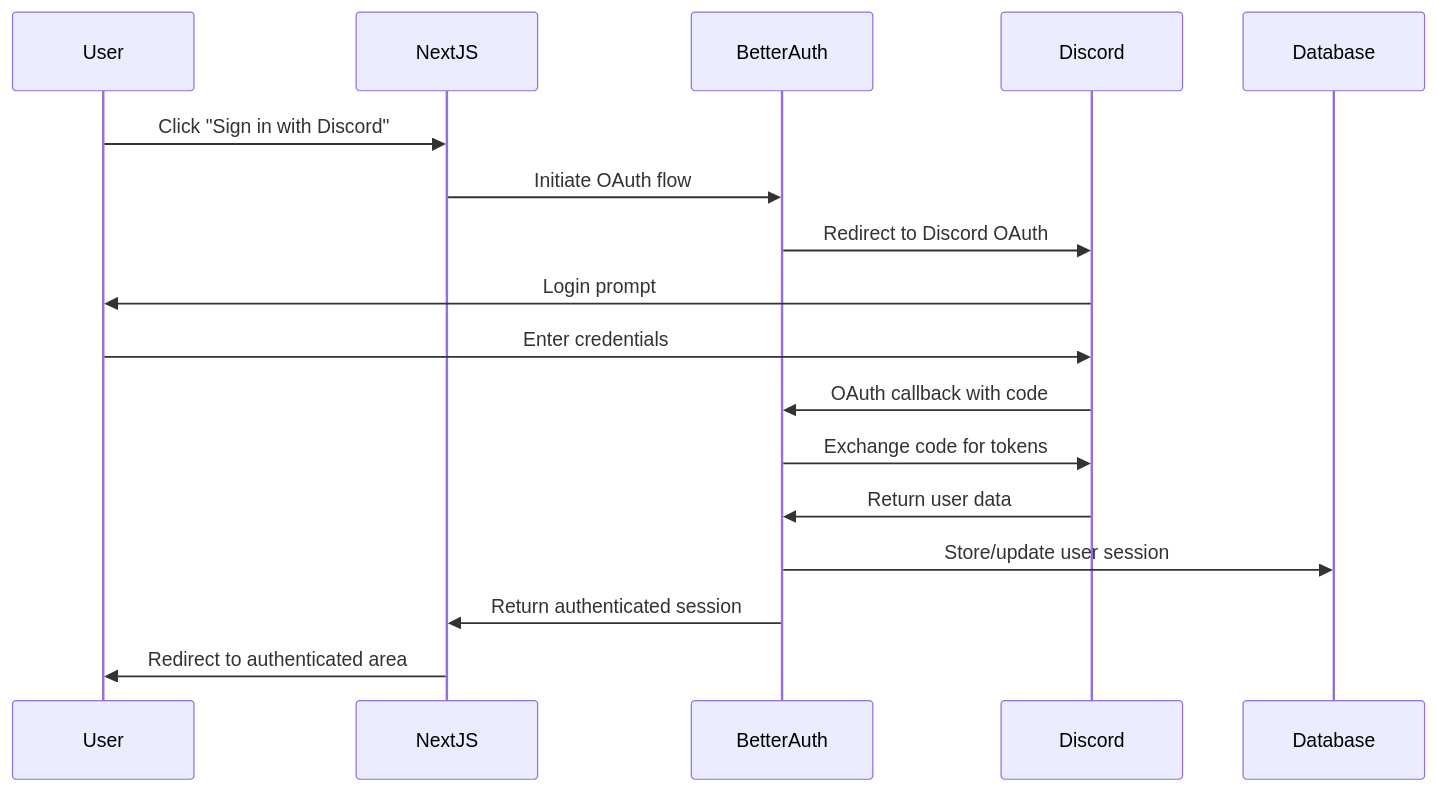
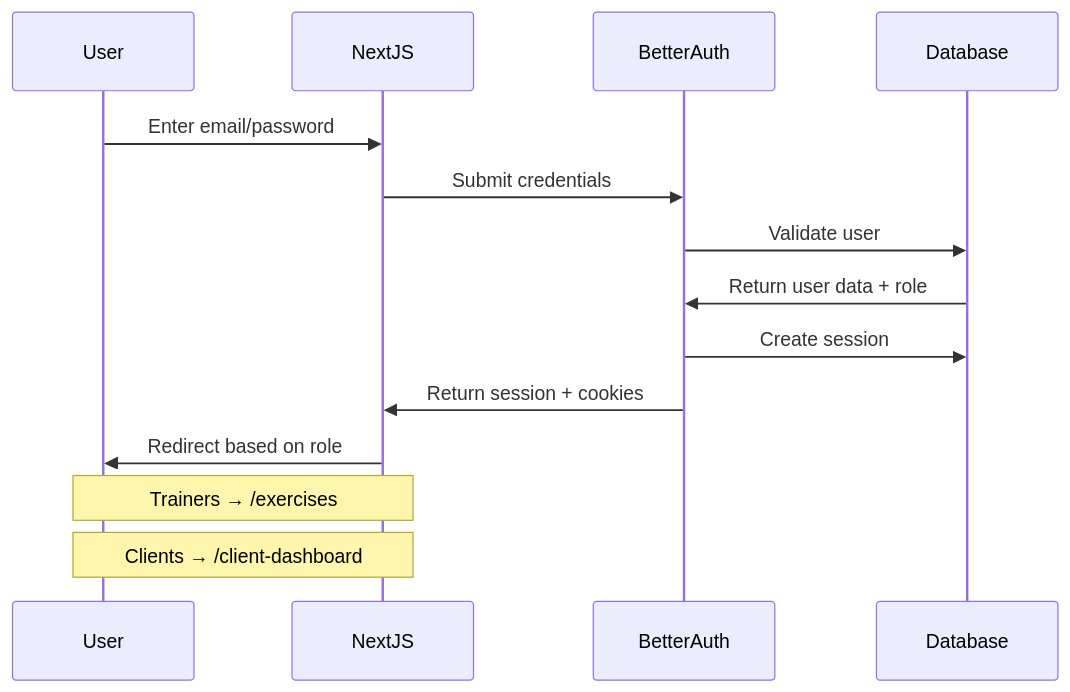
One commit to tonyfengli/fitness_app changed the first of 2 diagrams in FITNESS_APP_ARCHITECTURE.md. Above: the diagram before and after it, drawn with Mermaid. The commit also changed other lines of this file and 1 other file, not shown here.

Commit message:
finalize auth

````diff
--- a/FITNESS_APP_ARCHITECTURE.md
+++ b/FITNESS_APP_ARCHITECTURE.md
@@ -83,20 +93,17 @@
 ```mermaid
 sequenceDiagram
     participant User
     participant NextJS
     participant BetterAuth
-    participant Discord
     participant Database
 
-    User->>NextJS: Click "Sign in with Discord"
-    NextJS->>BetterAuth: Initiate OAuth flow
-    BetterAuth->>Discord: Redirect to Discord OAuth
-    Discord->>User: Login prompt
-    User->>Discord: Enter credentials
-    Discord->>BetterAuth: OAuth callback with code
-    BetterAuth->>Discord: Exchange code for tokens
-    Discord->>BetterAuth: Return user data
-    BetterAuth->>Database: Store/update user session
-    BetterAuth->>NextJS: Return authenticated session
-    NextJS->>User: Redirect to authenticated area
+    User->>NextJS: Enter email/password
+    NextJS->>BetterAuth: Submit credentials
+    BetterAuth->>Database: Validate user
+    Database->>BetterAuth: Return user data + role
+    BetterAuth->>Database: Create session
+    BetterAuth->>NextJS: Return session + cookies
+    NextJS->>User: Redirect based on role
+    Note over User,NextJS: Trainers → /exercises
+    Note over User,NextJS: Clients → /client-dashboard
 ```
````
